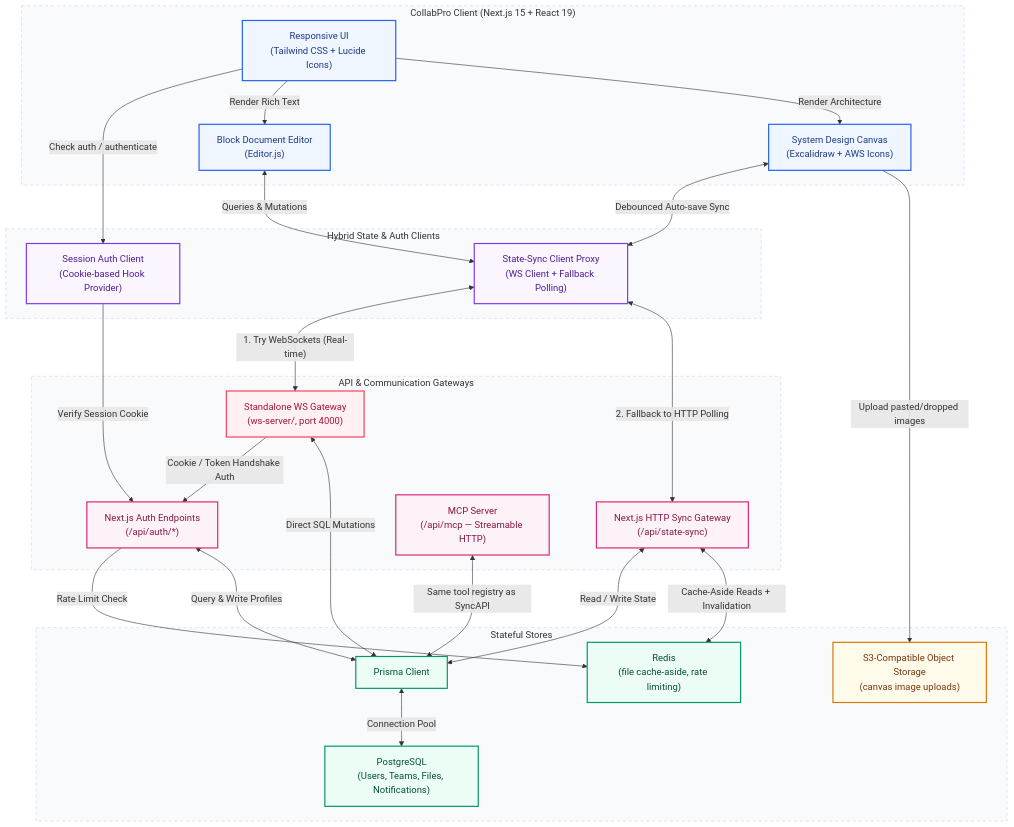
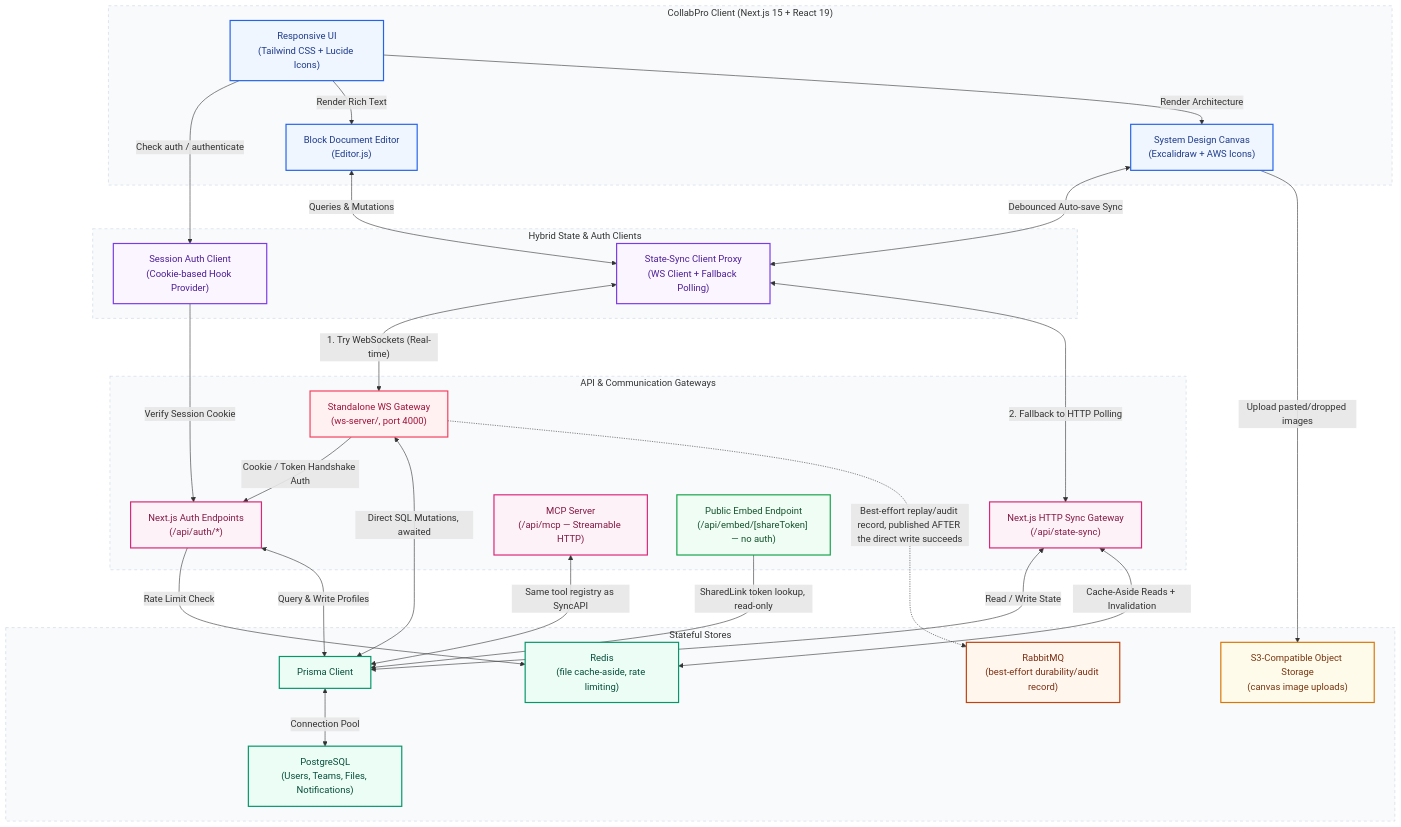
The diagram in docs/architecture.md (manish-9245/collabpro), drawn with Mermaid before and after one commit. The commit also changed other lines of this file and 3 other files, not shown here.

First line of the commit message:
docs: sync README/architecture/MCP docs with everything since v3.1.0

````diff
--- a/docs/architecture.md
+++ b/docs/architecture.md
@@ -11,61 +11,67 @@
 ```mermaid
 graph TD
     classDef client fill:#eff6ff,stroke:#2563eb,stroke-width:2px,color:#1e3a8a;
     classDef engine fill:#faf5ff,stroke:#7c3aed,stroke-width:2px,color:#4c1d95;
     classDef server fill:#fdf2f8,stroke:#db2777,stroke-width:2px,color:#831843;
     classDef ws fill:#fff1f2,stroke:#f43f5e,stroke-width:2px,color:#9f1239;
     classDef db fill:#ecfdf5,stroke:#059669,stroke-width:2px,color:#064e3b;
     classDef storage fill:#fffbeb,stroke:#d97706,stroke-width:2px,color:#78350f;
+    classDef queue fill:#fff7ed,stroke:#c2410c,stroke-width:2px,color:#7c2d12;
+    classDef public fill:#f0fdf4,stroke:#16a34a,stroke-width:2px,color:#14532d;
 
     subgraph ClientLayer ["CollabPro Client (Next.js 15 + React 19)"]
         UI["Responsive UI<br/>(Tailwind CSS + Lucide Icons)"]:::client
         EditorComponent["Block Document Editor<br/>(Editor.js)"]:::client
         CanvasComponent["System Design Canvas<br/>(Excalidraw + AWS Icons)"]:::client
     end
 
     subgraph SyncLayer ["Hybrid State & Auth Clients"]
         SessionAuthClient["Session Auth Client<br/>(Cookie-based Hook Provider)"]:::engine
         StateSyncClient["State-Sync Client Proxy<br/>(WS Client + Fallback Polling)"]:::engine
     end
 
     subgraph GatewayLayer ["API & Communication Gateways"]
         AuthAPI["Next.js Auth Endpoints<br/>(/api/auth/*)"]:::server
         SyncAPI["Next.js HTTP Sync Gateway<br/>(/api/state-sync)"]:::server
         McpAPI["MCP Server<br/>(/api/mcp — Streamable HTTP)"]:::server
         WSGateway["Standalone WS Gateway<br/>(ws-server/, port 4000)"]:::ws
+        EmbedAPI["Public Embed Endpoint<br/>(/api/embed/[shareToken] — no auth)"]:::public
     end
 
     subgraph DataLayer ["Stateful Stores"]
         PrismaORM["Prisma Client"]:::db
         PostgresDB["PostgreSQL<br/>(Users, Teams, Files, Notifications)"]:::db
         RedisStore["Redis<br/>(file cache-aside, rate limiting)"]:::db
         S3Store["S3-Compatible Object Storage<br/>(canvas image uploads)"]:::storage
+        DurabilityQueue["RabbitMQ<br/>(best-effort durability/audit record)"]:::queue
     end
 
     UI -->|Check auth / authenticate| SessionAuthClient
     SessionAuthClient -->|Verify Session Cookie| AuthAPI
 
     UI -->|Render Rich Text| EditorComponent
     UI -->|Render Architecture| CanvasComponent
 
     EditorComponent <-->|Queries & Mutations| StateSyncClient
     CanvasComponent <-->|Debounced Auto-save Sync| StateSyncClient
     CanvasComponent -->|Upload pasted/dropped images| S3Store
 
     StateSyncClient <-->|"1. Try WebSockets (Real-time)"| WSGateway
     StateSyncClient <-->|"2. Fallback to HTTP Polling"| SyncAPI
 
     WSGateway -->|Cookie / Token Handshake Auth| AuthAPI
-    WSGateway <-->|Direct SQL Mutations| PrismaORM
+    WSGateway <-->|Direct SQL Mutations, awaited| PrismaORM
+    WSGateway -.->|Best-effort replay/audit record, published AFTER the direct write succeeds| DurabilityQueue
     SyncAPI <-->|Read / Write State| PrismaORM
     SyncAPI <-->|Cache-Aside Reads + Invalidation| RedisStore
     AuthAPI -->|Rate Limit Check| RedisStore
     McpAPI <-->|Same tool registry as SyncAPI| PrismaORM
     AuthAPI <-->|Query & Write Profiles| PrismaORM
     PrismaORM <-->|Connection Pool| PostgresDB
+    EmbedAPI -->|SharedLink token lookup, read-only| PrismaORM
 
     style ClientLayer fill:#f8fafc,stroke:#cbd5e1,stroke-dasharray: 5 5;
     style SyncLayer fill:#f8fafc,stroke:#cbd5e1,stroke-dasharray: 5 5;
     style GatewayLayer fill:#f8fafc,stroke:#cbd5e1,stroke-dasharray: 5 5;
     style DataLayer fill:#f8fafc,stroke:#cbd5e1,stroke-dasharray: 5 5;
 ```
````
